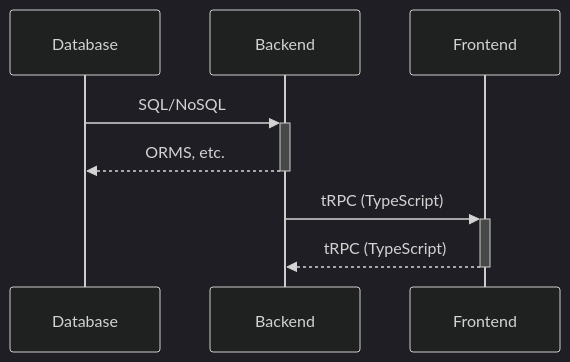
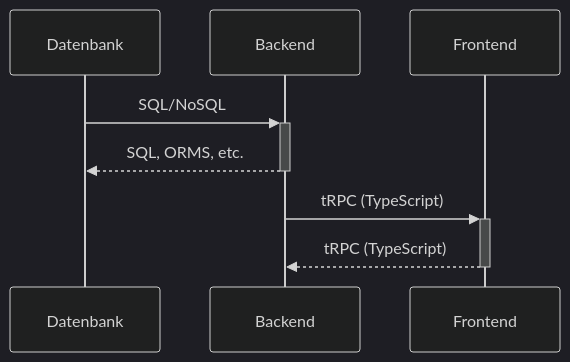
One commit to sophiabrandt/webworker-hannover-meetup-trpc-talk changed the second of 2 diagrams in slides.md. Above: the diagram before and after it, drawn with Mermaid (dark theme). The commit also changed other lines of this file, not shown here.

````diff
--- a/slides.md
+++ b/slides.md
@@ -177,7 +174,7 @@
 ```mermaid {theme: 'neutral', scale: 0.8}
 sequenceDiagram
-    Database->>+Backend: SQL/NoSQL  
-    Backend-->>-Database: ORMS, etc.
+    Datenbank->>+Backend: SQL/NoSQL  
+    Backend-->>-Datenbank: SQL, ORMS, etc.
     Backend->>+Frontend: tRPC (TypeScript)
     Frontend-->>-Backend: tRPC (TypeScript)
 ```
````
